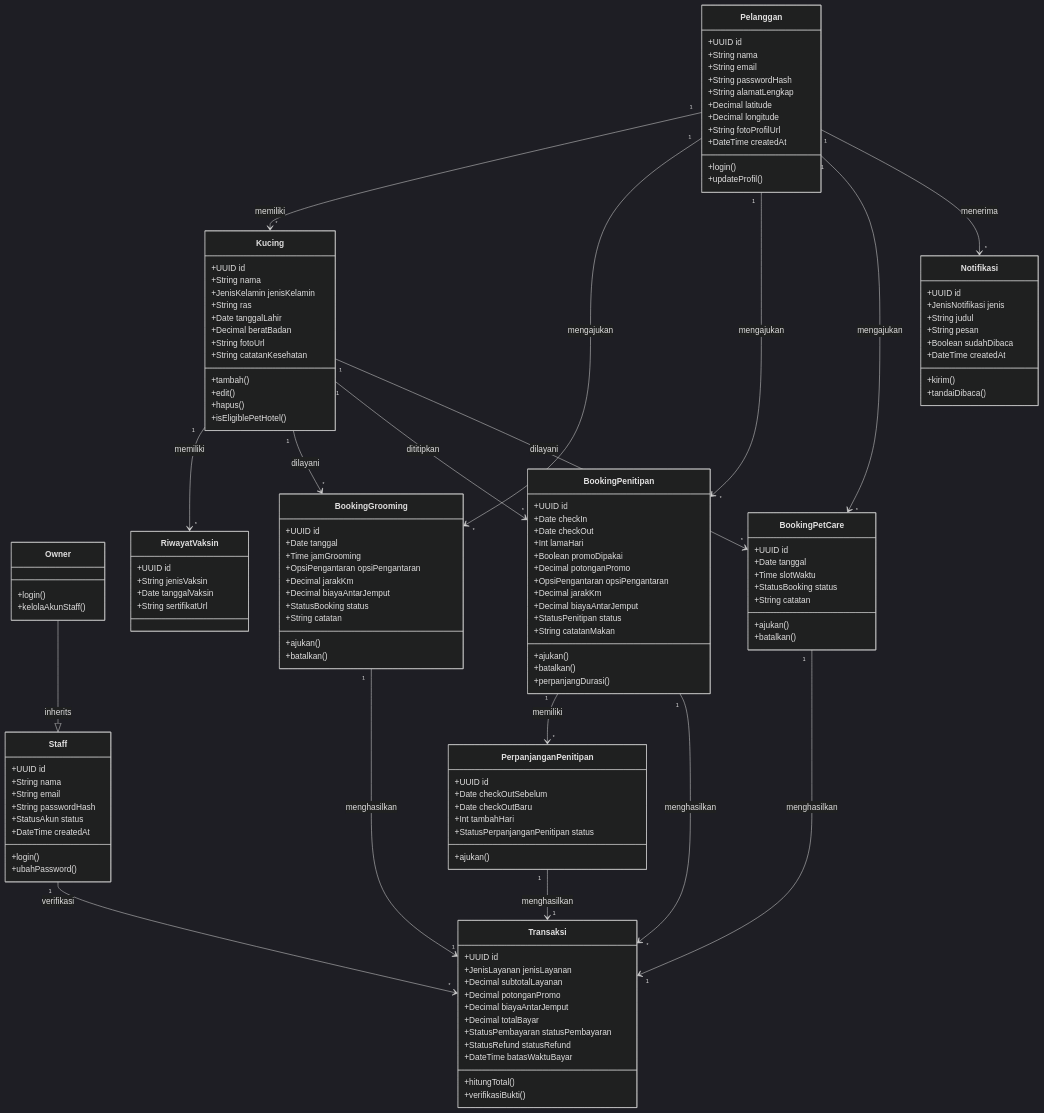
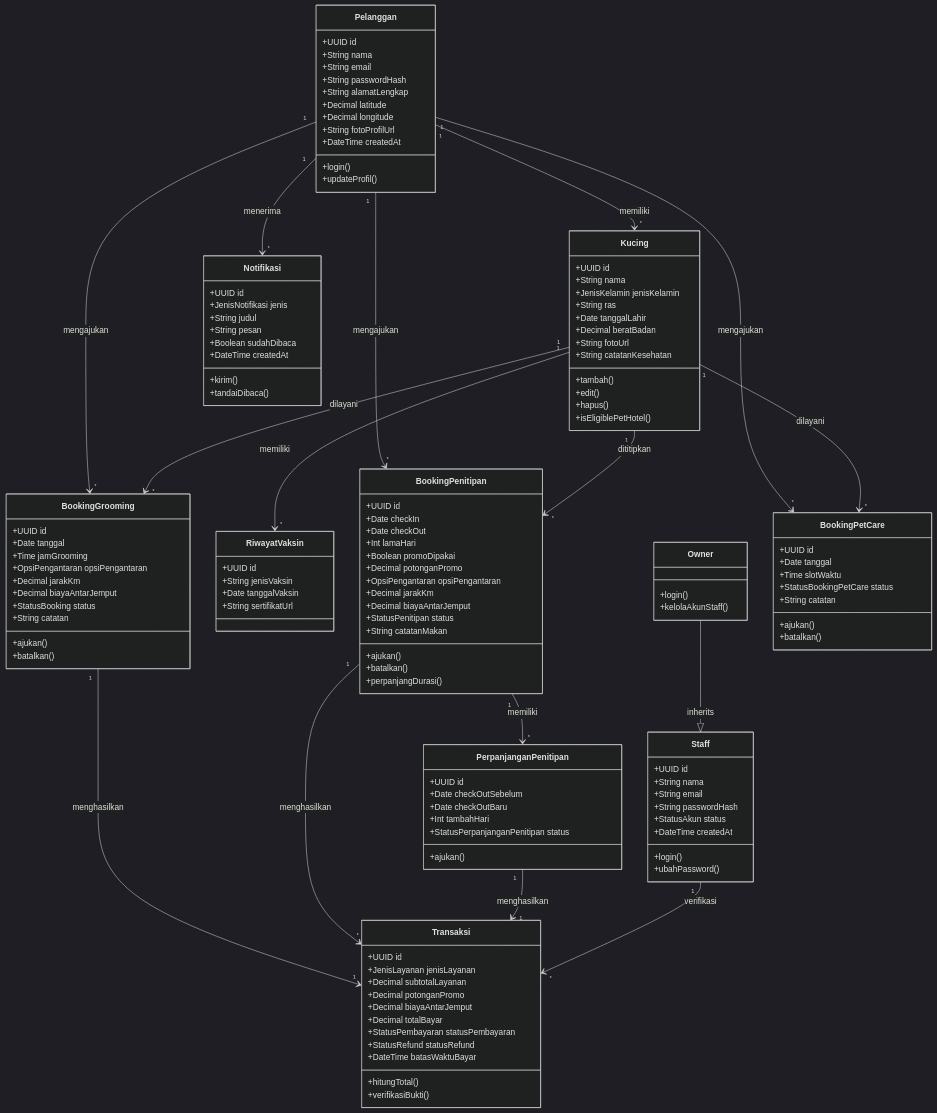
One commit to nonamebkz/pet-hotel changed the first of 11 diagrams in diagrams/class/class-diagram.md. Above: the diagram before and after it, drawn with Mermaid (dark theme). The commit also changed other lines of this file and 13 other files, not shown here.

```diff
--- a/diagrams/class/class-diagram.md
+++ b/diagrams/class/class-diagram.md
@@ -112,7 +112,7 @@
         +UUID id
         +Date tanggal
         +Time slotWaktu
-        +StatusBooking status
+        +StatusBookingPetCare status
         +String catatan
         +ajukan()
         +batalkan()
@@ -155,7 +155,6 @@
     BookingPenitipan "1" --> "*" PerpanjanganPenitipan : memiliki
     BookingGrooming "1" --> "1" Transaksi : menghasilkan
     BookingPenitipan "1" --> "*" Transaksi : menghasilkan
-    BookingPetCare "1" --> "1" Transaksi : menghasilkan
     PerpanjanganPenitipan "1" --> "1" Transaksi : menghasilkan
     Pelanggan "1" --> "*" Notifikasi : menerima
     Staff "1" --> "*" Transaksi : verifikasi
```
